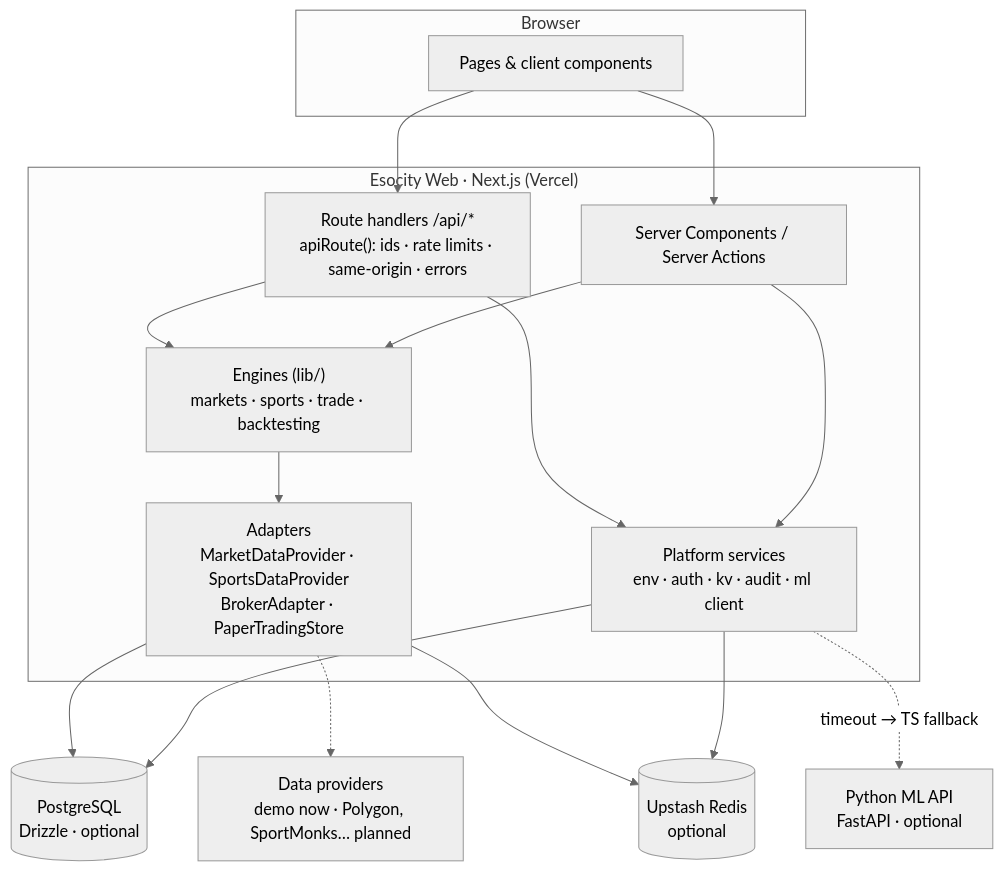
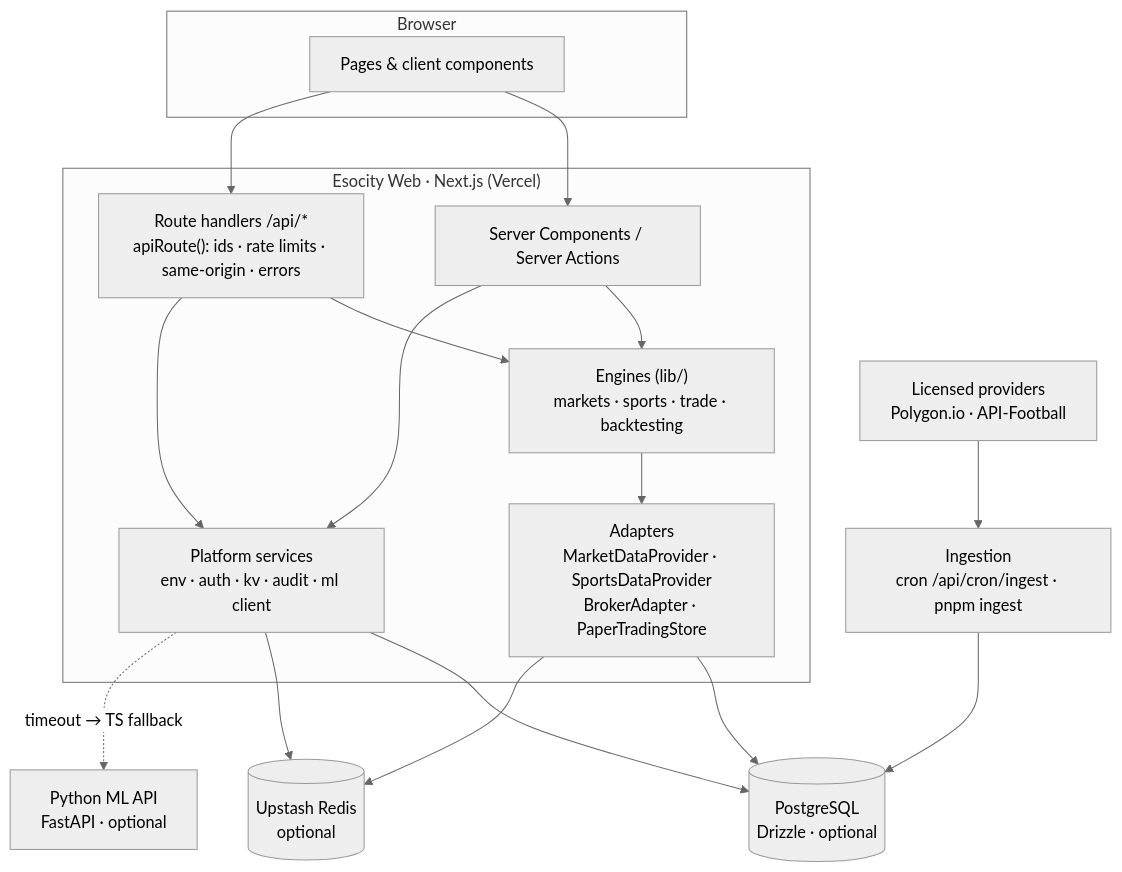
Before and after one commit to Imomazin/esocity-intelligence-platform: the diagram in docs/ARCHITECTURE.md, drawn with Mermaid (neutral theme). The commit also changed other lines of this file and 104 other files, not shown here.

First line of the commit message:
feat: licensed market and football data pipeline (Phase 2)

````diff
--- a/docs/ARCHITECTURE.md
+++ b/docs/ARCHITECTURE.md
@@ -6,31 +6,32 @@
 ```mermaid
 flowchart TB
   subgraph Browser
     UI[Pages & client components]
   end
   subgraph Web["Esocity Web · Next.js (Vercel)"]
     RSC[Server Components / Server Actions]
     API["Route handlers /api/*<br/>apiRoute(): ids · rate limits · same-origin · errors"]
     ENG["Engines (lib/)<br/>markets · sports · trade · backtesting"]
     SVC["Platform services<br/>env · auth · kv · audit · ml client"]
     ADP["Adapters<br/>MarketDataProvider · SportsDataProvider<br/>BrokerAdapter · PaperTradingStore"]
   end
   PG[(PostgreSQL<br/>Drizzle · optional)]
   RD[(Upstash Redis<br/>optional)]
   ML["Python ML API<br/>FastAPI · optional"]
-  EXT["Data providers<br/>demo now · Polygon, SportMonks… planned"]
+  EXT["Licensed providers<br/>Polygon.io · API-Football"]
+  ING["Ingestion<br/>cron /api/cron/ingest · pnpm ingest"]
 
   UI --> RSC
   UI --> API
   RSC --> ENG
   API --> ENG
   ENG --> ADP
   RSC --> SVC
   API --> SVC
   SVC --> PG
   SVC --> RD
   SVC -. "timeout → TS fallback" .-> ML
   ADP --> PG
   ADP --> RD
-  ADP -.-> EXT
+  EXT --> ING --> PG
 ```
````
